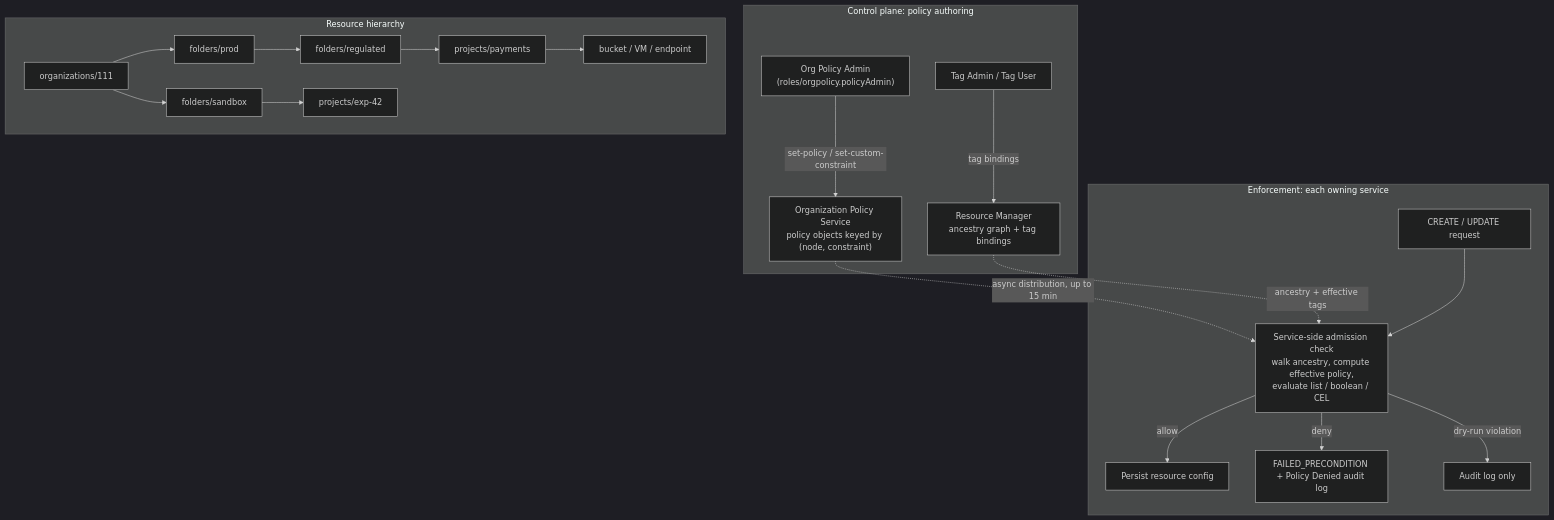
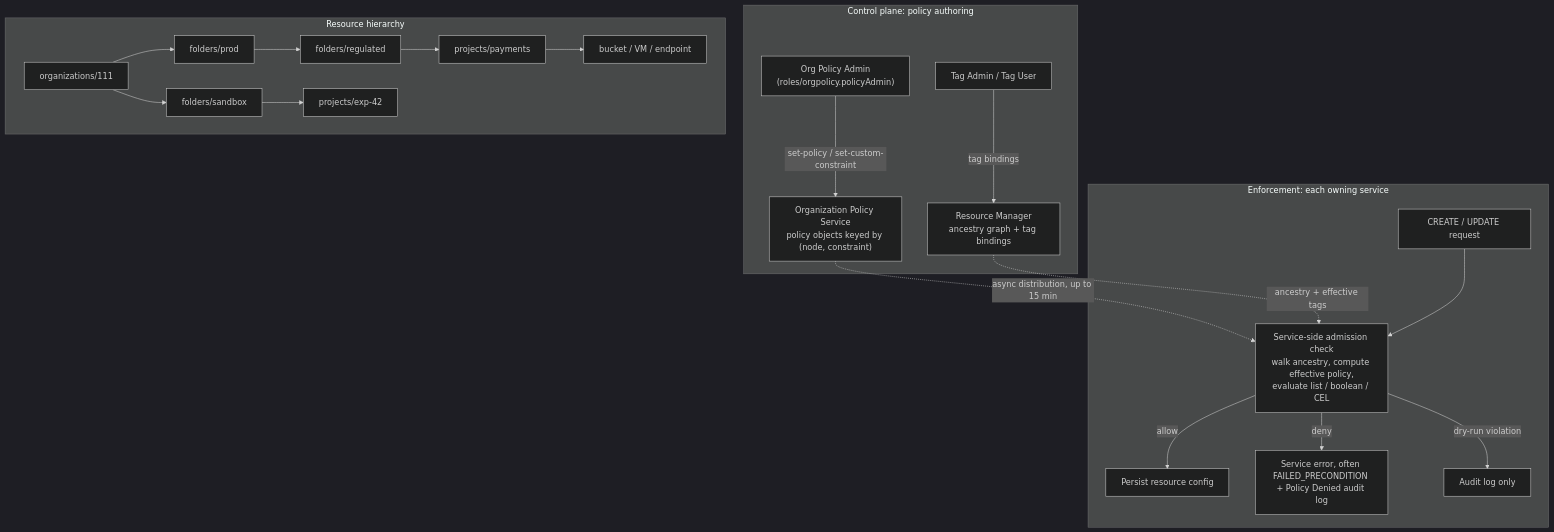
One commit to shreejitverma/SDE-Interview-Prep changed the diagram in 17-Cloud-AI-Engineering/Volume_03_GCP_Deep_Dive/Chapter_01_Resource_Hierarchy_and_Organization_Policies.md. Above: the diagram before and after it, drawn with Mermaid (dark theme). The commit also changed other lines of this file and 143 other files, not shown here.

````diff
--- a/17-Cloud-AI-Engineering/Volume_03_GCP_Deep_Dive/Chapter_01_Resource_Hierarchy_and_Organization_Policies.md
+++ b/17-Cloud-AI-Engineering/Volume_03_GCP_Deep_Dive/Chapter_01_Resource_Hierarchy_and_Organization_Policies.md
@@ -36,23 +62,23 @@
 ```mermaid
 flowchart TB
   subgraph CP["Control plane: policy authoring"]
     ADM["Org Policy Admin<br/>(roles/orgpolicy.policyAdmin)"] -->|set-policy / set-custom-constraint| OPS["Organization Policy Service<br/>policy objects keyed by (node, constraint)"]
     TAGADM["Tag Admin / Tag User"] -->|tag bindings| RM["Resource Manager<br/>ancestry graph + tag bindings"]
   end
   subgraph H["Resource hierarchy"]
     ORG["organizations/111"] --> F1["folders/prod"]
     ORG --> F2["folders/sandbox"]
     F1 --> F11["folders/regulated"]
     F11 --> P1["projects/payments"]
     F2 --> P2["projects/exp-42"]
     P1 --> R1["bucket / VM / endpoint"]
   end
   OPS -.->|async distribution, up to 15 min| EP
   RM -.->|ancestry + effective tags| EP
   subgraph DP["Enforcement: each owning service"]
     REQ["CREATE / UPDATE request"] --> EP["Service-side admission check<br/>walk ancestry, compute effective policy,<br/>evaluate list / boolean / CEL"]
     EP -->|allow| MUT["Persist resource config"]
-    EP -->|deny| ERR["FAILED_PRECONDITION + Policy Denied audit log"]
+    EP -->|deny| ERR["Service error, often FAILED_PRECONDITION + Policy Denied audit log"]
     EP -->|dry-run violation| LOG["Audit log only"]
   end
 ```
````
